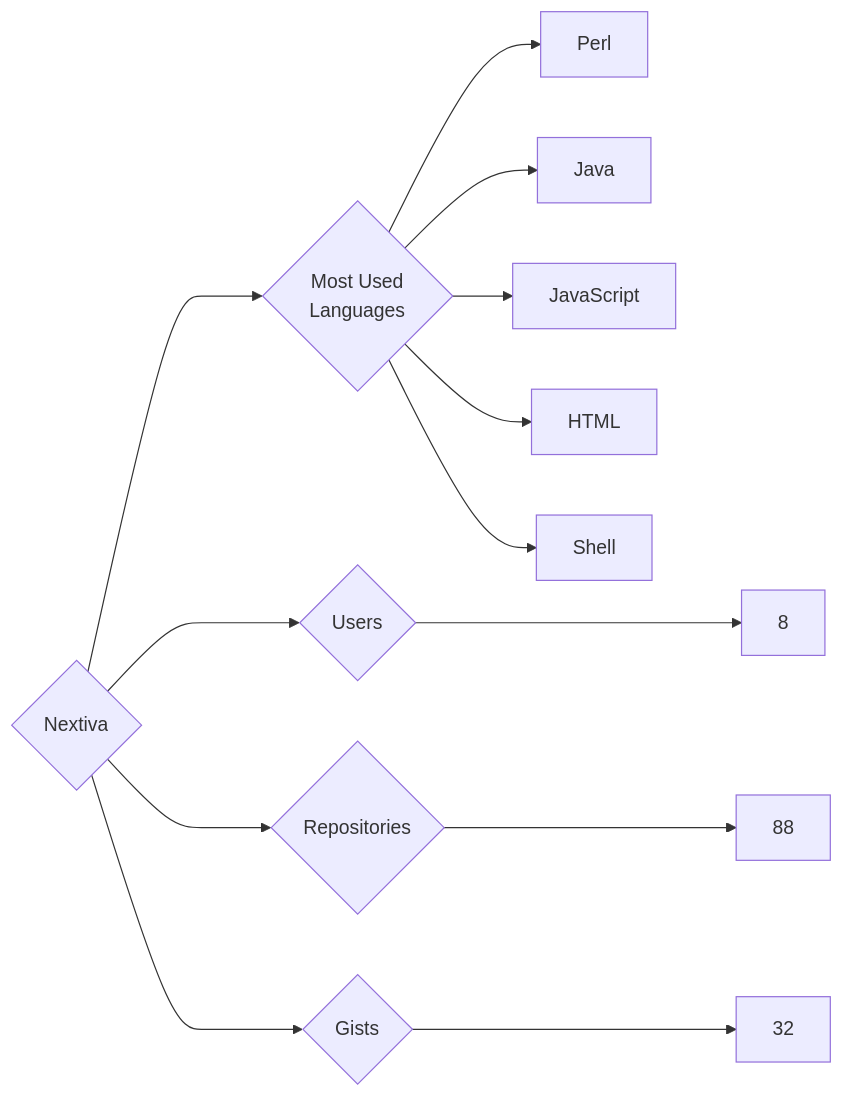
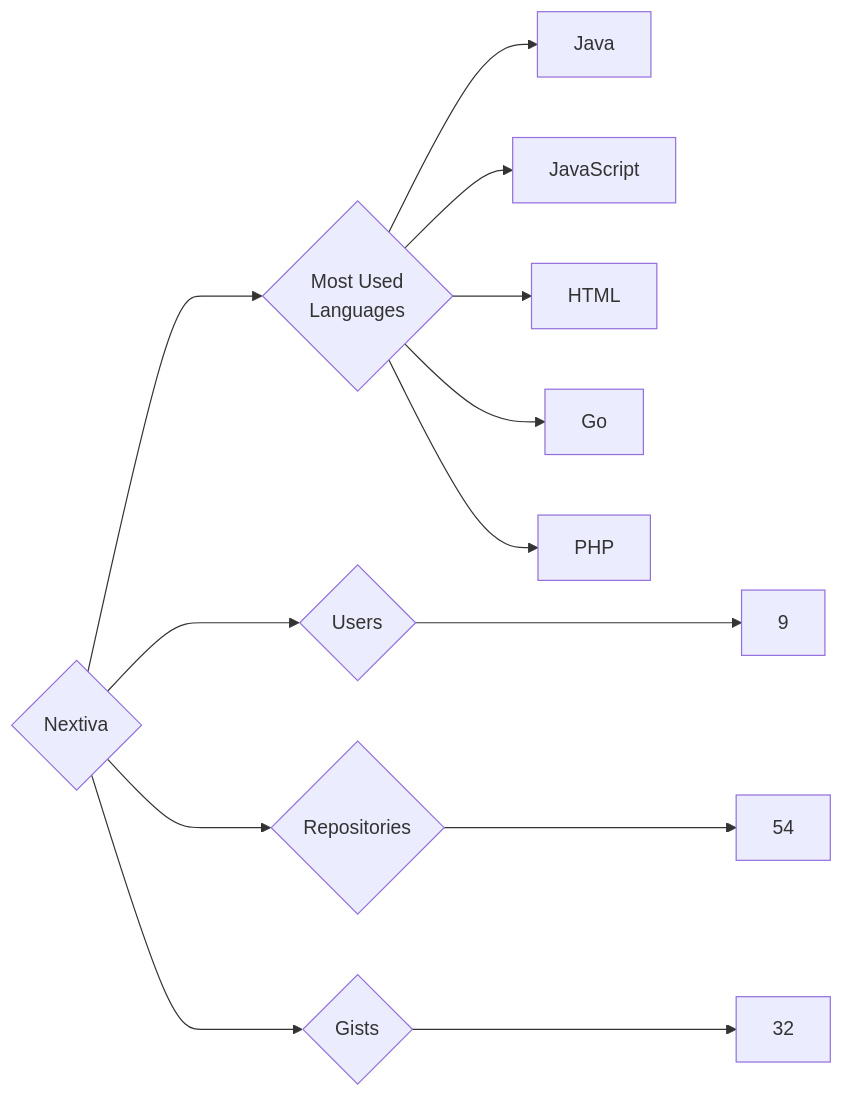
The diagram in targets/Nextiva/README.md (trickest/insiders), drawn with Mermaid before and after one commit. The commit also changed 1248 other files, not shown here.

````diff
--- a/targets/Nextiva/README.md
+++ b/targets/Nextiva/README.md
@@ -3,13 +3,13 @@
 ```mermaid
 graph LR
 COMPANY_NAME{Nextiva}
-COMPANY_NAME ---> U{Users} ---> UN[8]
-COMPANY_NAME ---> R{Repositories} ---> RN[88]
+COMPANY_NAME ---> U{Users} ---> UN[9]
+COMPANY_NAME ---> R{Repositories} ---> RN[54]
 COMPANY_NAME ---> G{Gists} ---> GN[32]
 COMPANY_NAME ---> ML{Most Used<br>Languages}
-ML --> Perl[Perl]
 ML --> Java[Java]
 ML --> JavaScript[JavaScript]
 ML --> HTML[HTML]
-ML --> Shell[Shell]
+ML --> Go[Go]
+ML --> PHP[PHP]
 ```
````
